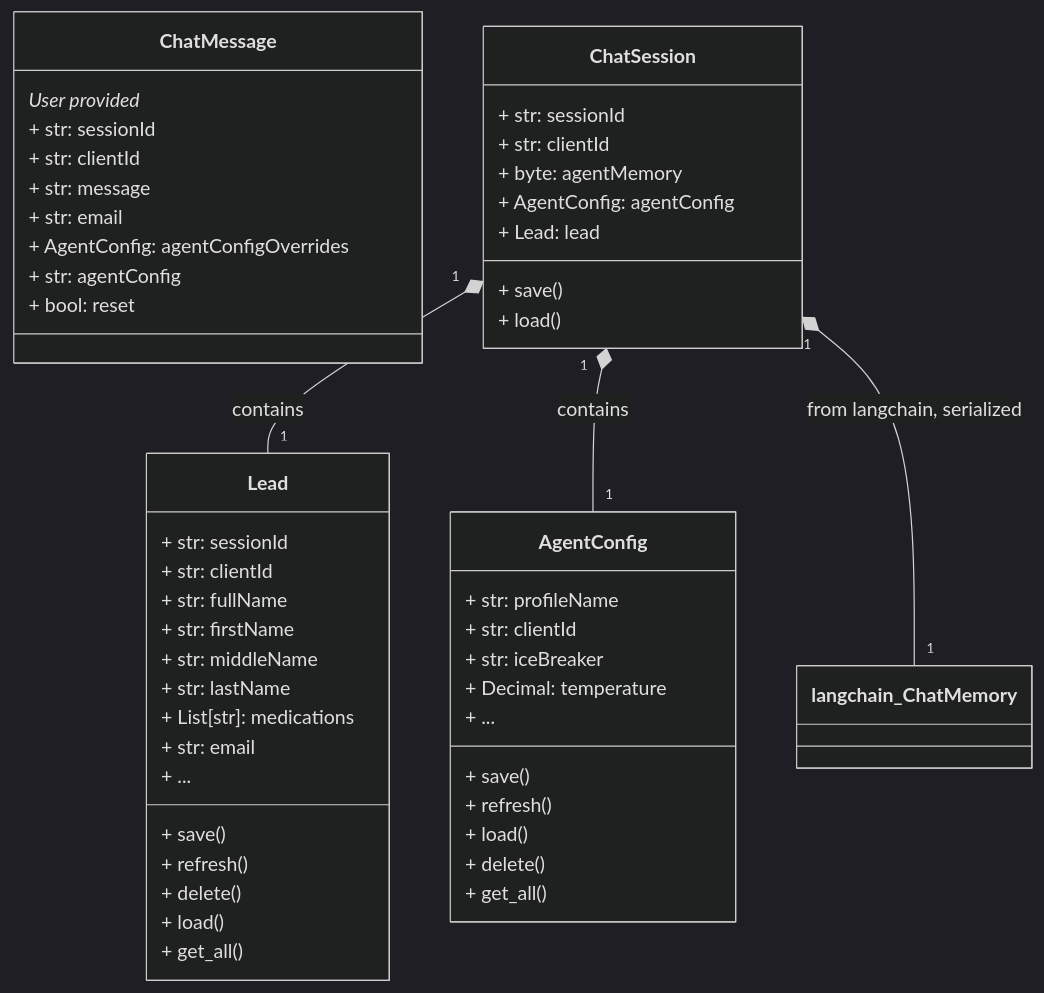
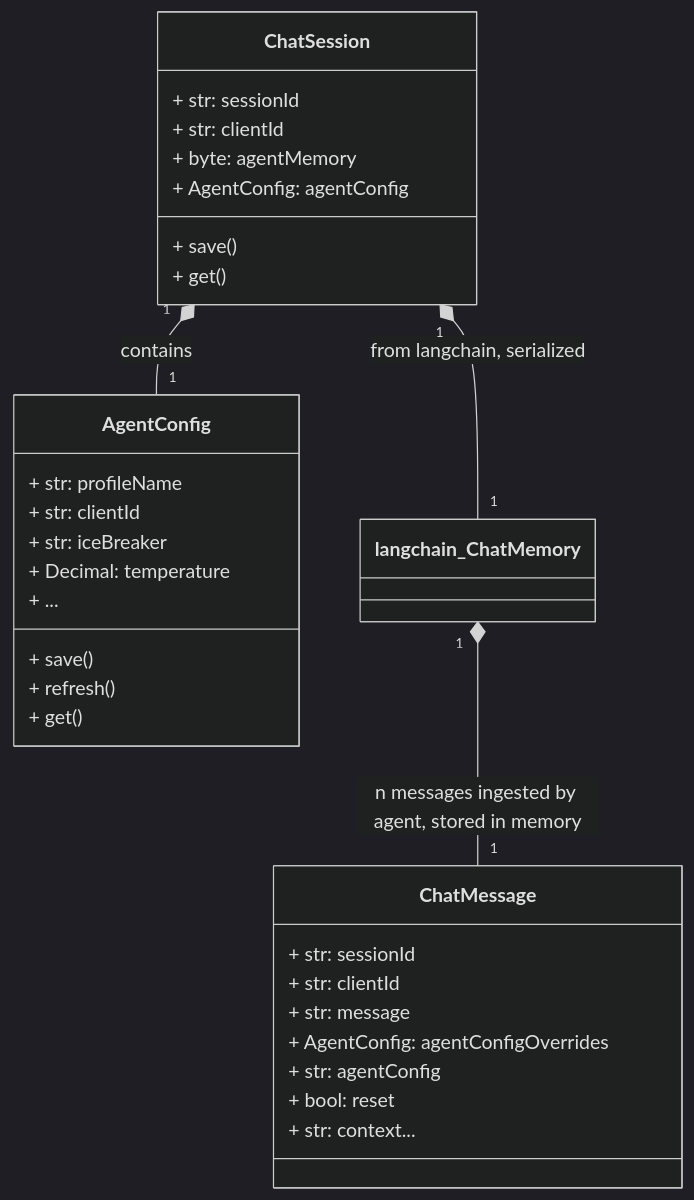
The first of 3 diagrams in README.md (svange/openbrain), drawn with Mermaid (dark theme) before and after one commit. The commit also changed other lines of this file and 2 other files, not shown here.

````diff
--- a/README.md
+++ b/README.md
@@ -160,59 +99,38 @@
 ```mermaid
 classDiagram
     class ChatMessage {
-        User provided*
         + str: sessionId
         + str: clientId
         + str: message
-        + str: email
         + AgentConfig: agentConfigOverrides
         + str: agentConfig
         + bool: reset
+        + str: context...
     }
 
     class AgentConfig {
         + str: profileName
         + str: clientId
         + str: iceBreaker
         + Decimal: temperature
         + ...
         + save()
         + refresh()
-        + load()
-        + delete()
-        + get_all()
+        + get()
     }
 
     class ChatSession {
         + str: sessionId
         + str: clientId
         + byte: agentMemory
         + AgentConfig: agentConfig
-        + Lead: lead
         + save()
-        + load()
+        + get()
     }
 
-    class Lead {
-        + str: sessionId
-        + str: clientId
-        + str: fullName
-        + str: firstName
-        + str: middleName
-        + str: lastName
-        + List[str]: medications
-        + str: email
-        + ...
-        + save()
-        + refresh()
-        + delete()
-        + load()
-        + get_all()
-    }
 
-    ChatSession "1" *-- "1" Lead: contains
     ChatSession "1" *-- "1" AgentConfig: contains
-%%    ChatMessage "1" *-- "1" AgentConfig: contains
+    langchain_ChatMemory "1" *-- "1" ChatMessage: n messages ingested by agent, stored in memory
 %%    ChatSession "1" *-- "*" ChatMessage: contains
     ChatSession "1" *-- "1" langchain_ChatMemory: from langchain, serialized
 ```
````
